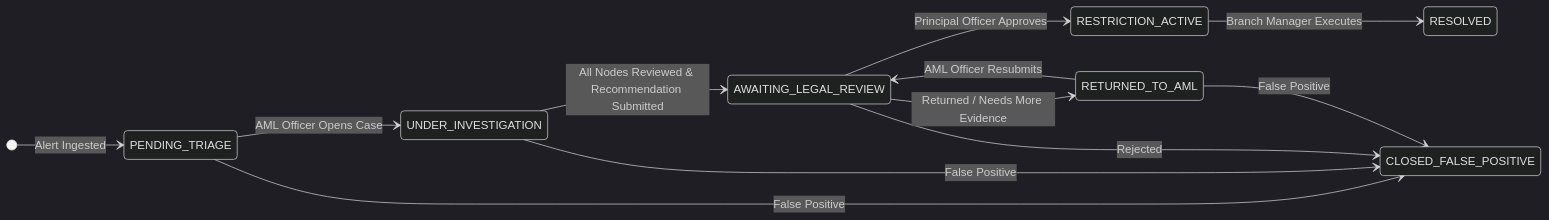
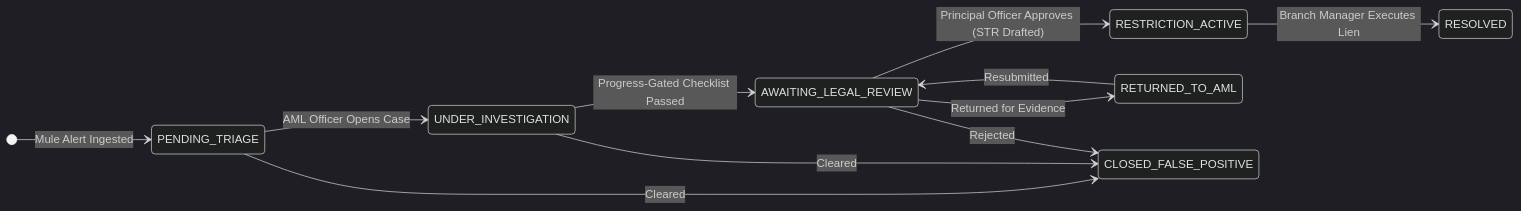
One commit to bhargava562/muskets-containment-radar changed the second of 2 diagrams in README.md. Above: the diagram before and after it, drawn with Mermaid (dark theme). The commit also changed other lines of this file, not shown here.

Commit message:
docs: restructure master technical documentation into banking solution architecture & operational specification document

````diff
--- a/README.md
+++ b/README.md
@@ -237,16 +371,15 @@
 ```mermaid
 stateDiagram-v2
     direction LR
-    [*] --> PENDING_TRIAGE : Alert Ingested
+    [*] --> PENDING_TRIAGE : Mule Alert Ingested
     PENDING_TRIAGE --> UNDER_INVESTIGATION : AML Officer Opens Case
-    UNDER_INVESTIGATION --> AWAITING_LEGAL_REVIEW : All Nodes Reviewed & Recommendation Submitted
-    AWAITING_LEGAL_REVIEW --> RESTRICTION_ACTIVE : Principal Officer Approves
-    AWAITING_LEGAL_REVIEW --> RETURNED_TO_AML : Returned / Needs More Evidence
-    RETURNED_TO_AML --> AWAITING_LEGAL_REVIEW : AML Officer Resubmits
-    RESTRICTION_ACTIVE --> RESOLVED : Branch Manager Executes
+    UNDER_INVESTIGATION --> AWAITING_LEGAL_REVIEW : Progress-Gated Checklist Passed
+    AWAITING_LEGAL_REVIEW --> RESTRICTION_ACTIVE : Principal Officer Approves (STR Drafted)
+    AWAITING_LEGAL_REVIEW --> RETURNED_TO_AML : Returned for Evidence
+    RETURNED_TO_AML --> AWAITING_LEGAL_REVIEW : Resubmitted
+    RESTRICTION_ACTIVE --> RESOLVED : Branch Manager Executes Lien
     
-    PENDING_TRIAGE --> CLOSED_FALSE_POSITIVE : False Positive
-    UNDER_INVESTIGATION --> CLOSED_FALSE_POSITIVE : False Positive
+    PENDING_TRIAGE --> CLOSED_FALSE_POSITIVE : Cleared
+    UNDER_INVESTIGATION --> CLOSED_FALSE_POSITIVE : Cleared
     AWAITING_LEGAL_REVIEW --> CLOSED_FALSE_POSITIVE : Rejected
-    RETURNED_TO_AML --> CLOSED_FALSE_POSITIVE : False Positive
 ```
````
